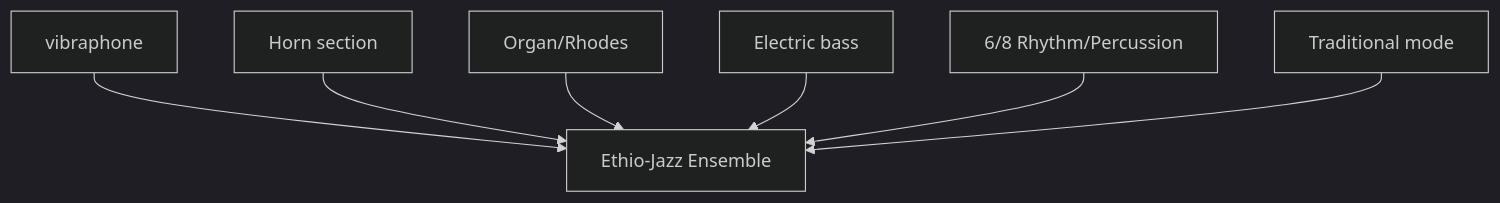
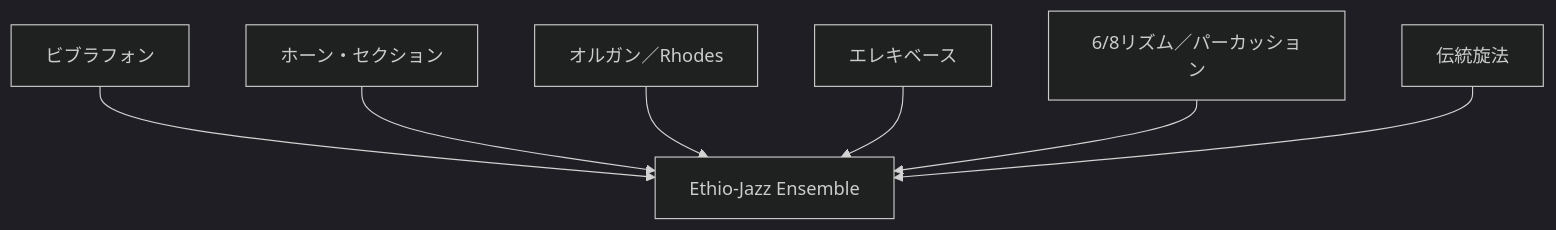
The second of 3 diagrams in en/_posts/2025-12-01-column-ethio-jazz.md (monumental-movement/monumental-movement.github.io), drawn with Mermaid (dark theme) before and after one commit. The commit also changed other lines of this file and 2196 other files, not shown here.

```diff
--- a/en/_posts/2025-12-01-column-ethio-jazz.md
+++ b/en/_posts/2025-12-01-column-ethio-jazz.md
@@ -191,9 +190,9 @@
 <div class="mermaid">
 flowchart TD
-    Vibes["vibraphone"] --> Mix["Ethio-Jazz Ensemble"]
-    Horns["Horn section"] --> Mix
-    Keys["Organ/Rhodes"] --> Mix
-    Bass["Electric bass"] --> Mix
-    Drums["6/8 Rhythm/Percussion"] --> Mix
-    Trad["Traditional mode"] --> Mix
+    Vibes["ビブラフォン"] --> Mix["Ethio-Jazz Ensemble"]
+    Horns["ホーン・セクション"] --> Mix
+    Keys["オルガン／Rhodes"] --> Mix
+    Bass["エレキベース"] --> Mix
+    Drums["6/8リズム／パーカッション"] --> Mix
+    Trad["伝統旋法"] --> Mix
 </div>
```
